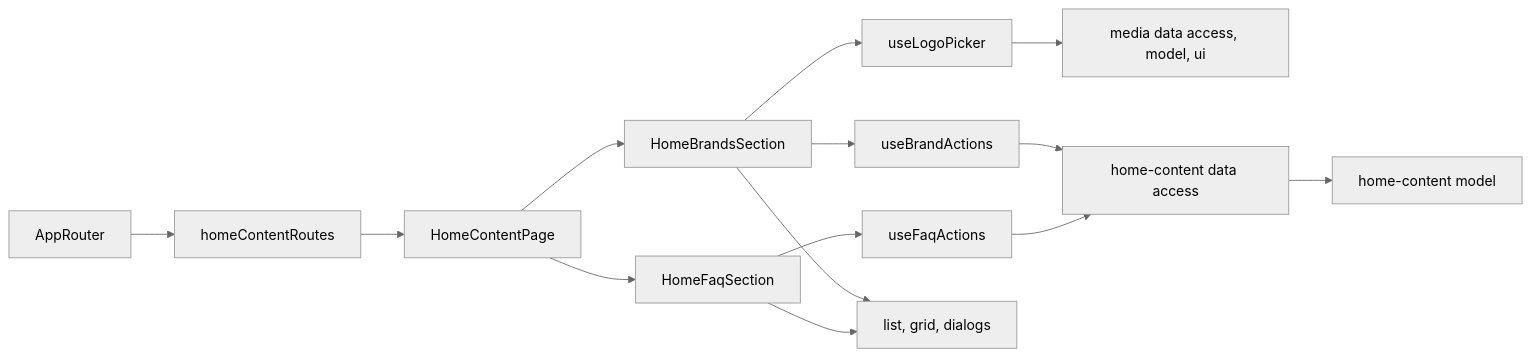
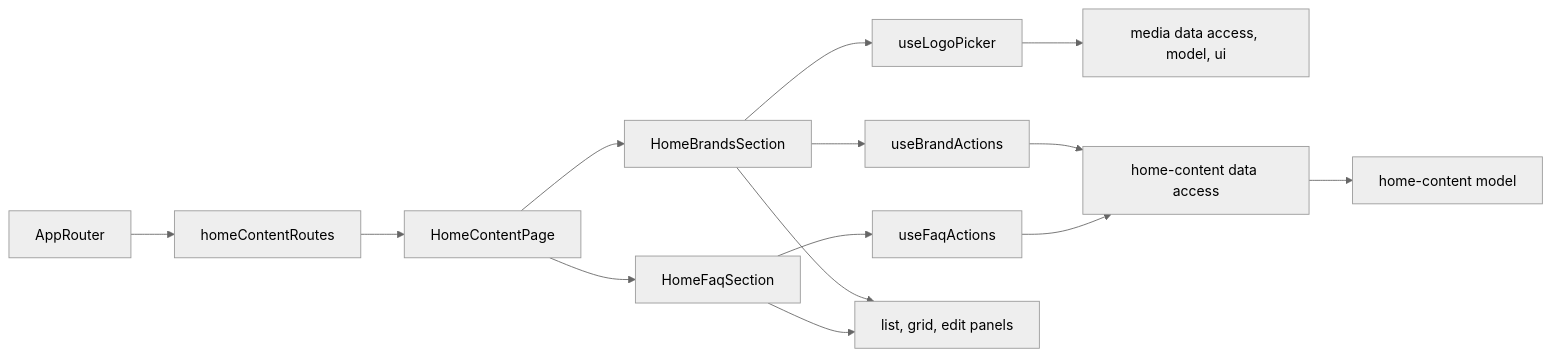
The diagram in docs/features/admin/home-content.md (Weretik/kedr-web), drawn with Mermaid (neutral theme) before and after one commit. The commit also changed other lines of this file and 35 other files, not shown here.

````diff
--- a/docs/features/admin/home-content.md
+++ b/docs/features/admin/home-content.md
@@ -12,16 +12,16 @@
 ```mermaid
 flowchart LR
     App[AppRouter] --> Routes[homeContentRoutes]
     Routes --> Page[HomeContentPage]
     Page --> Faq[HomeFaqSection]
     Page --> Brands[HomeBrandsSection]
     Faq --> FaqActions[useFaqActions]
     Brands --> BrandActions[useBrandActions]
     Brands --> Logo[useLogoPicker]
     Logo --> Media[media data access, model, ui]
     FaqActions --> Api[home-content data access]
     BrandActions --> Api
     Api --> Model[home-content model]
-    Faq --> UI[list, grid, dialogs]
+    Faq --> UI[list, grid, edit panels]
     Brands --> UI
 ```
````
